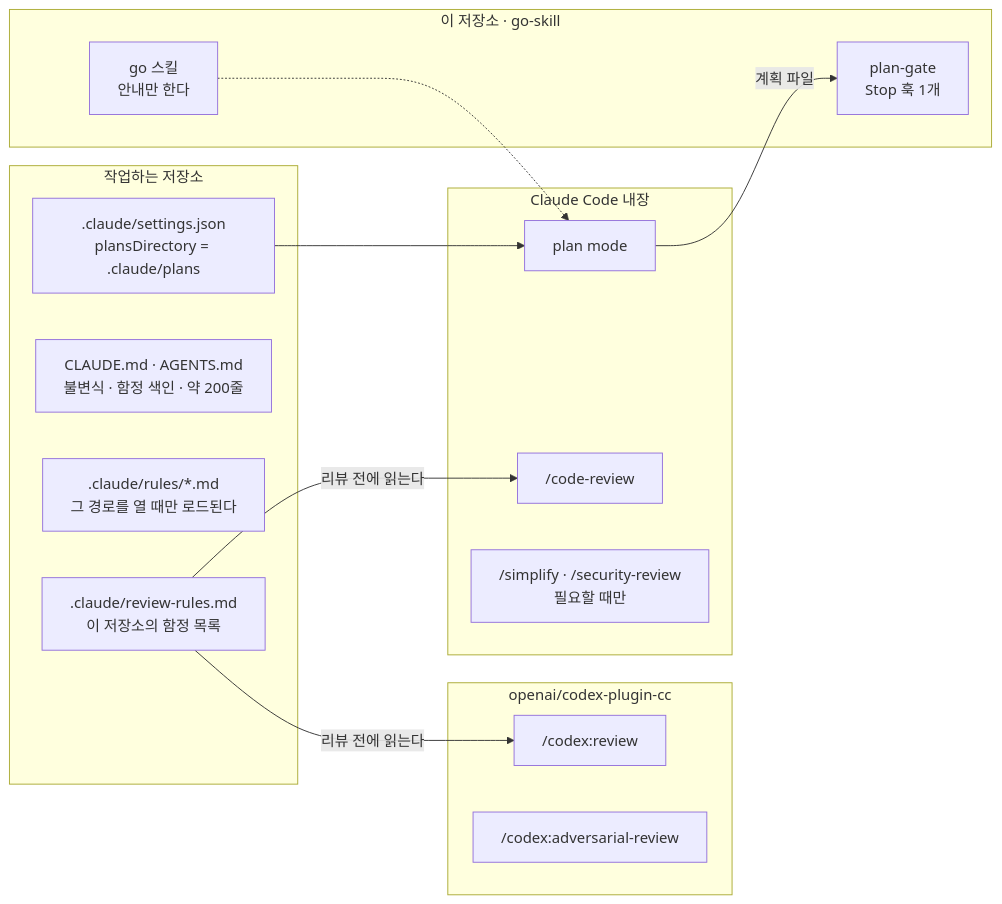
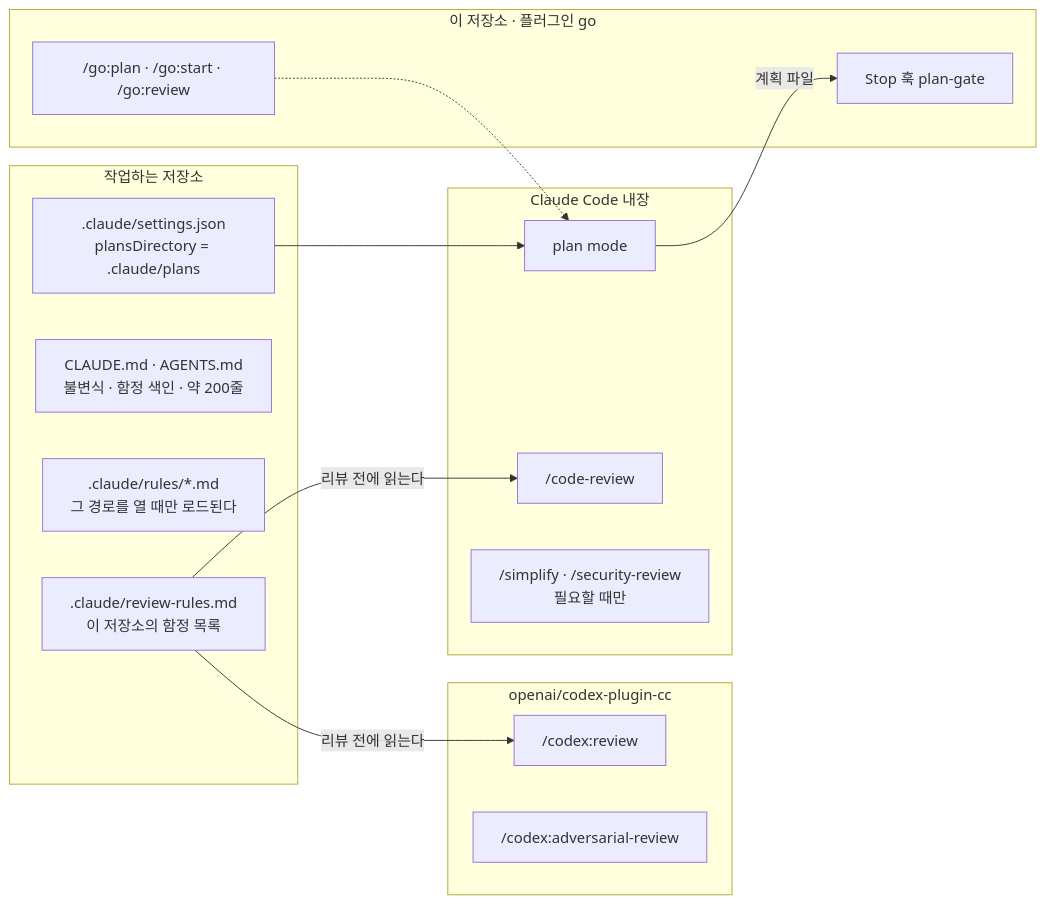
Before and after one commit to jwjinn/go-skill: the second of 3 diagrams in README.md, drawn with Mermaid. The commit also changed other lines of this file and 12 other files, not shown here.

First line of the commit message:
feat(go): 플러그인 go 로 묶고 명령을 셋으로 나눈다 — /go:plan · /go:start(사람만) · /go:review (#8)

````diff
--- a/README.md
+++ b/README.md
@@ -83,31 +87,31 @@
 ```mermaid
 flowchart LR
     subgraph CC["Claude Code 내장"]
         A1["plan mode"]
         A2["/code-review"]
         A3["/simplify · /security-review<br/>필요할 때만"]
     end
 
-    subgraph GS["이 저장소 · go-skill"]
-        B1["plan-gate<br/>Stop 훅 1개"]
-        B2["go 스킬<br/>안내만 한다"]
+    subgraph GS["이 저장소 · 플러그인 go"]
+        B1["Stop 훅 plan-gate"]
+        B2["/go:plan · /go:start · /go:review"]
     end
 
     subgraph OX["openai/codex-plugin-cc"]
         C1["/codex:review"]
         C2["/codex:adversarial-review"]
     end
 
     subgraph PJ["작업하는 저장소"]
         P1[".claude/settings.json<br/>plansDirectory = .claude/plans"]
         P2["CLAUDE.md · AGENTS.md<br/>불변식 · 함정 색인 · 약 200줄"]
         P3[".claude/rules/*.md<br/>그 경로를 열 때만 로드된다"]
         P4[".claude/review-rules.md<br/>이 저장소의 함정 목록"]
     end
 
     P1 --> A1
     A1 -->|"계획 파일"| B1
     P4 -->|"리뷰 전에 읽는다"| A2
     P4 -->|"리뷰 전에 읽는다"| C1
     B2 -.-> A1
 ```
````
